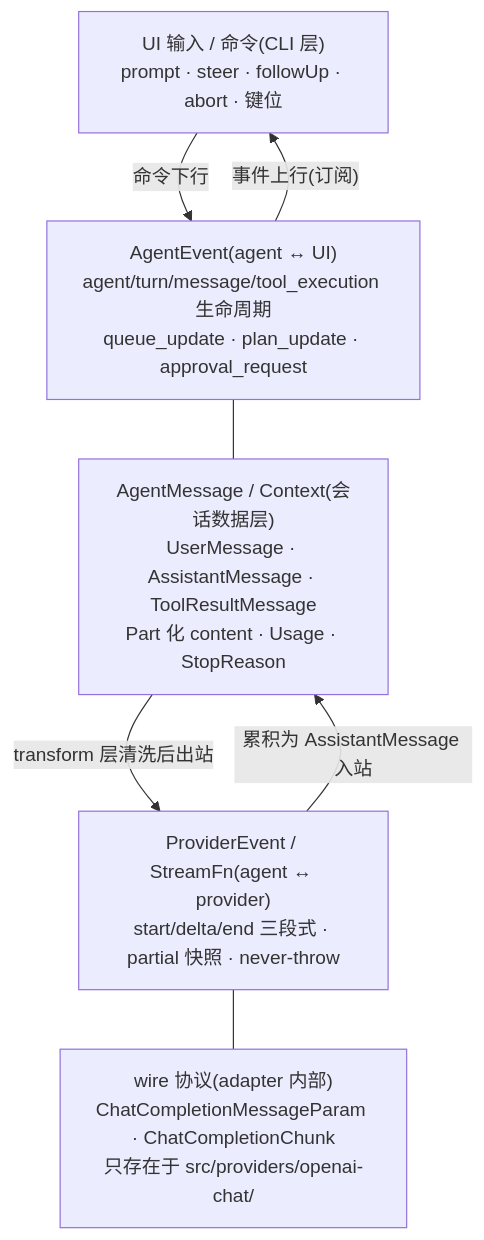
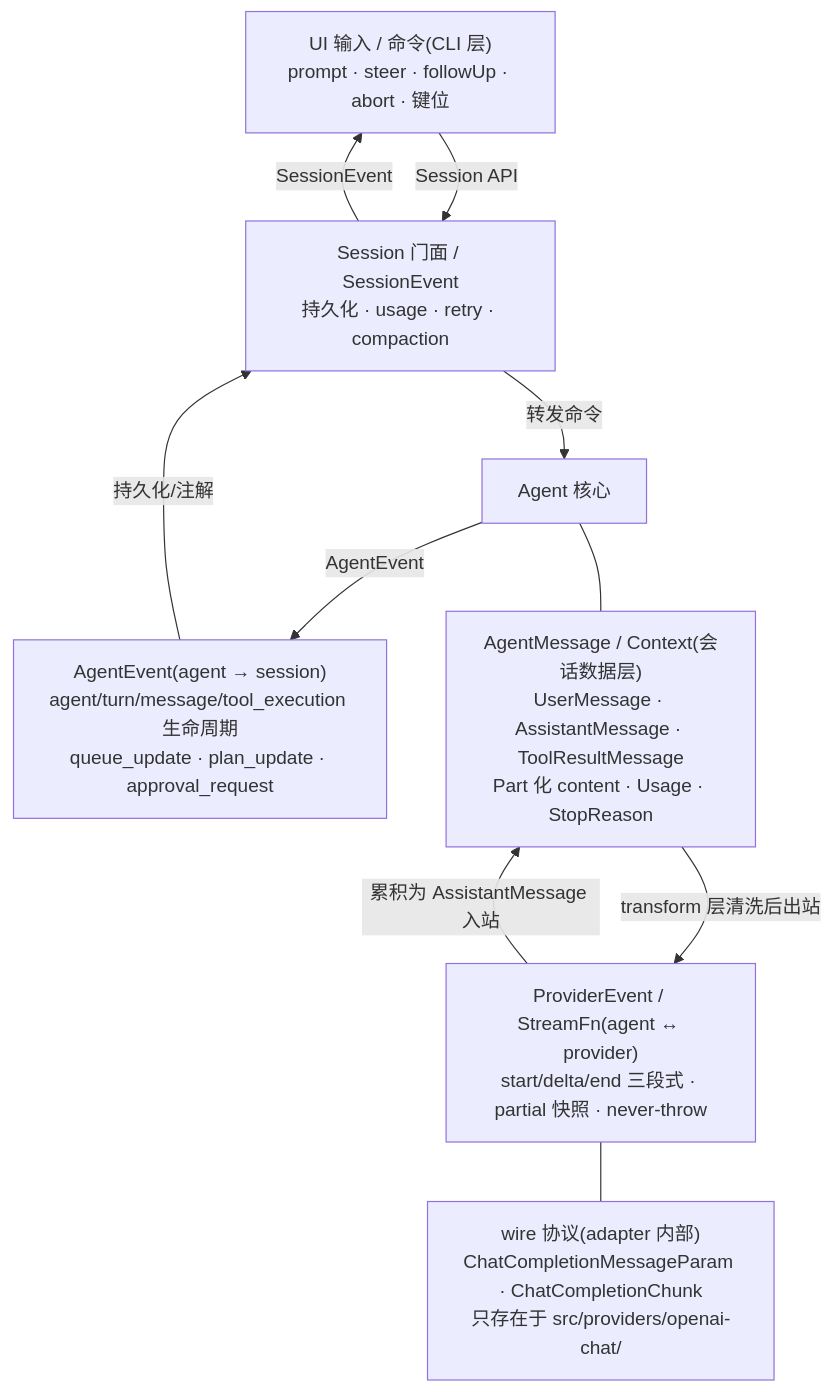
Before and after one commit to rita152/coda: the diagram in docs/01-overview.md, drawn with Mermaid. The commit also changed other lines of this file and 19 other files, not shown here.

````diff
--- a/docs/01-overview.md
+++ b/docs/01-overview.md
@@ -139,15 +139,20 @@
 ```mermaid
 graph TD
   UI["UI 输入 / 命令(CLI 层)<br/>prompt · steer · followUp · abort · 键位"]
-  AE["AgentEvent(agent ↔ UI)<br/>agent/turn/message/tool_execution 生命周期<br/>queue_update · plan_update · approval_request"]
+  SE["Session 门面 / SessionEvent<br/>持久化 · usage · retry · compaction"]
+  AG["Agent 核心"]
+  AE["AgentEvent(agent → session)<br/>agent/turn/message/tool_execution 生命周期<br/>queue_update · plan_update · approval_request"]
   AM["AgentMessage / Context(会话数据层)<br/>UserMessage · AssistantMessage · ToolResultMessage<br/>Part 化 content · Usage · StopReason"]
   PE["ProviderEvent / StreamFn(agent ↔ provider)<br/>start/delta/end 三段式 · partial 快照 · never-throw"]
   WIRE["wire 协议(adapter 内部)<br/>ChatCompletionMessageParam · ChatCompletionChunk<br/>只存在于 src/providers/openai-chat/"]
 
-  UI -- "命令下行" --> AE
-  AE -- "事件上行(订阅)" --> UI
-  AE --- AM
+  UI -- "Session API" --> SE
+  SE -- "转发命令" --> AG
+  AG -- "AgentEvent" --> AE
+  AE -- "持久化/注解" --> SE
+  SE -- "SessionEvent" --> UI
+  AG --- AM
   AM -- "transform 层清洗后出站" --> PE
   PE -- "累积为 AssistantMessage 入站" --> AM
   PE --- WIRE
 ```
````
